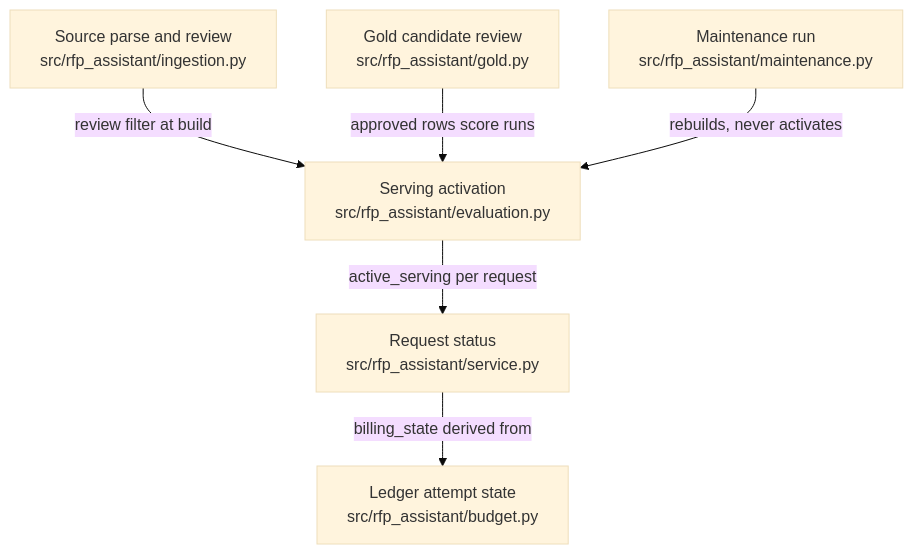
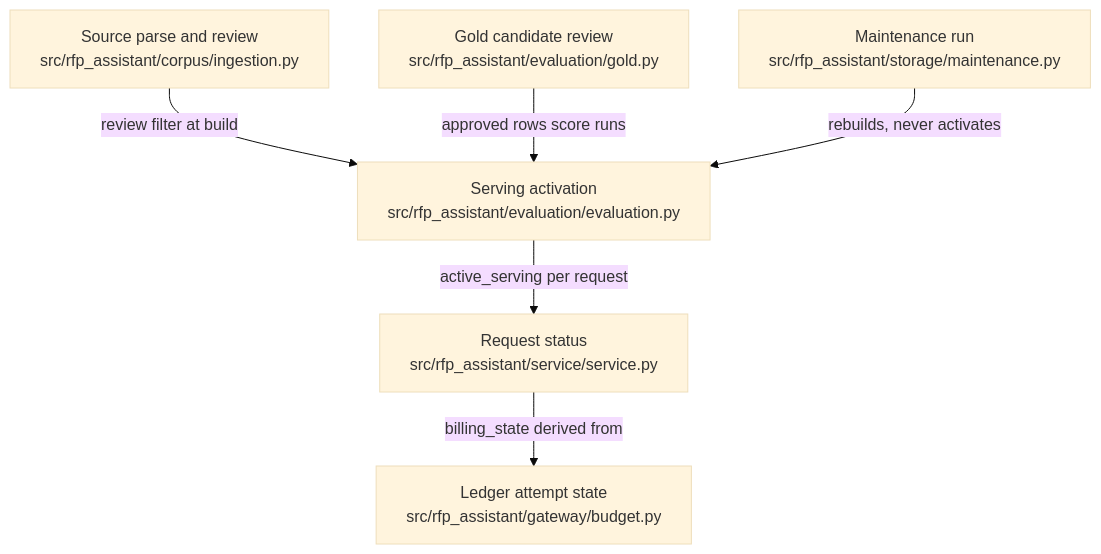
Before and after one commit to littleeeeebit/project-codeit-mid: the diagram in .omm/state-transitions/diagram.mmd, drawn with Mermaid (base theme). The commit also changed 13 other files, not shown here.

Commit message:
Name the layer package paths in docs and diagrams

```diff
--- a/.omm/state-transitions/diagram.mmd
+++ b/.omm/state-transitions/diagram.mmd
@@ -1,6 +1,6 @@
 graph TD
-  request-states["Request status\nsrc/rfp_assistant/service.py"] -->|"billing_state derived from"| attempt-states["Ledger attempt state\nsrc/rfp_assistant/budget.py"]
-  source-states["Source parse and review\nsrc/rfp_assistant/ingestion.py"] -->|"review filter at build"| serving-activation["Serving activation\nsrc/rfp_assistant/evaluation.py"]
-  gold-candidate-states["Gold candidate review\nsrc/rfp_assistant/gold.py"] -->|"approved rows score runs"| serving-activation
-  maintenance-run["Maintenance run\nsrc/rfp_assistant/maintenance.py"] -->|"rebuilds, never activates"| serving-activation
+  request-states["Request status\nsrc/rfp_assistant/service/service.py"] -->|"billing_state derived from"| attempt-states["Ledger attempt state\nsrc/rfp_assistant/gateway/budget.py"]
+  source-states["Source parse and review\nsrc/rfp_assistant/corpus/ingestion.py"] -->|"review filter at build"| serving-activation["Serving activation\nsrc/rfp_assistant/evaluation/evaluation.py"]
+  gold-candidate-states["Gold candidate review\nsrc/rfp_assistant/evaluation/gold.py"] -->|"approved rows score runs"| serving-activation
+  maintenance-run["Maintenance run\nsrc/rfp_assistant/storage/maintenance.py"] -->|"rebuilds, never activates"| serving-activation
   serving-activation -->|"active_serving per request"| request-states
```
